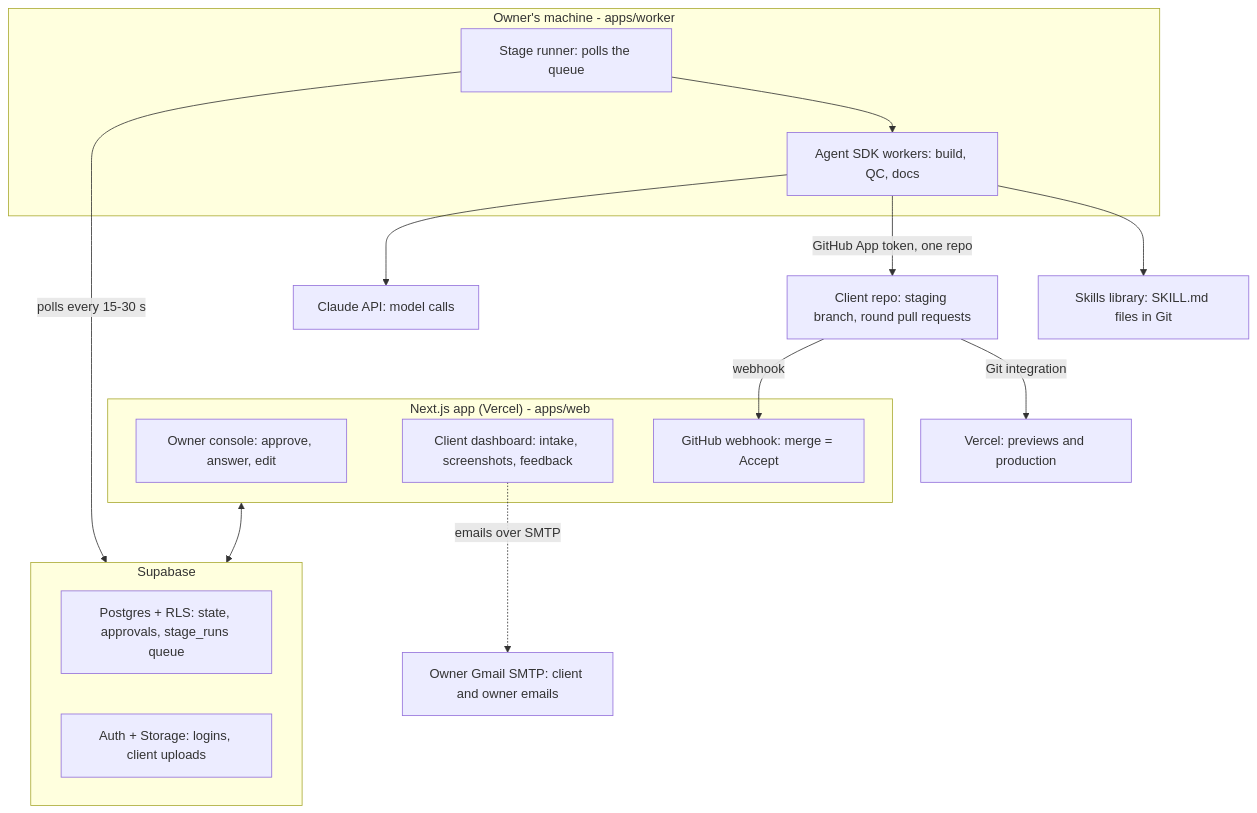
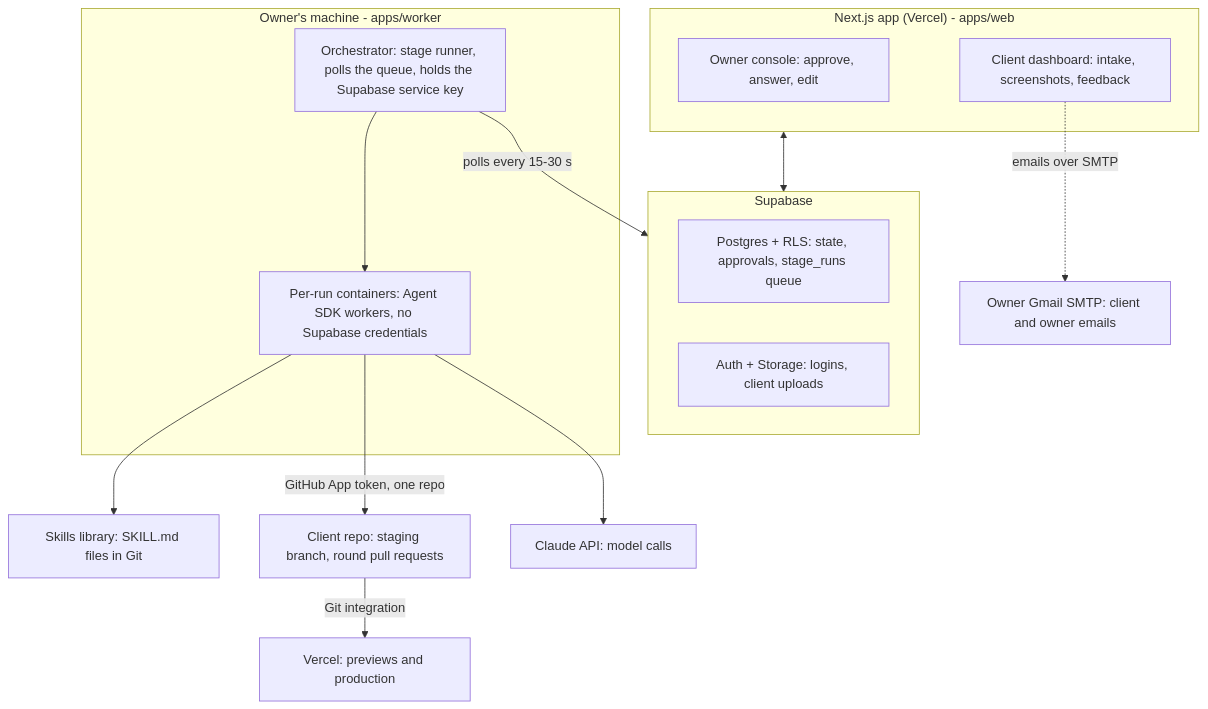
The diagram in docs/spec/02-architecture.md (ajp99/webdev-pipeline-engine), drawn with Mermaid before and after one commit. The commit also changed other lines of this file and 12 other files, not shown here.

````diff
--- a/docs/spec/02-architecture.md
+++ b/docs/spec/02-architecture.md
@@ -7,25 +7,23 @@
 ```mermaid
 flowchart TB
   subgraph vercel["Next.js app (Vercel) - apps/web"]
     owner["Owner console: approve, answer, edit"]
     client["Client dashboard: intake, screenshots, feedback"]
-    hook["GitHub webhook: merge = Accept"]
   end
   subgraph supabase["Supabase"]
     pg["Postgres + RLS: state, approvals, stage_runs queue"]
     auth["Auth + Storage: logins, client uploads"]
   end
   subgraph machine["Owner's machine - apps/worker"]
-    runner["Stage runner: polls the queue"]
-    workers["Agent SDK workers: build, QC, docs"]
+    runner["Orchestrator: stage runner, polls the queue, holds the Supabase service key"]
+    workers["Per-run containers: Agent SDK workers, no Supabase credentials"]
   end
   vercel <--> supabase
   runner -->|"polls every 15-30 s"| supabase
   runner --> workers
   workers --> skills["Skills library: SKILL.md files in Git"]
   workers -->|"GitHub App token, one repo"| repo["Client repo: staging branch, round pull requests"]
   workers --> api["Claude API: model calls"]
   repo -->|"Git integration"| deploy["Vercel: previews and production"]
-  repo -->|"webhook"| hook
   client -.->|"emails over SMTP"| mail["Owner Gmail SMTP: client and owner emails"]
 ```
````
